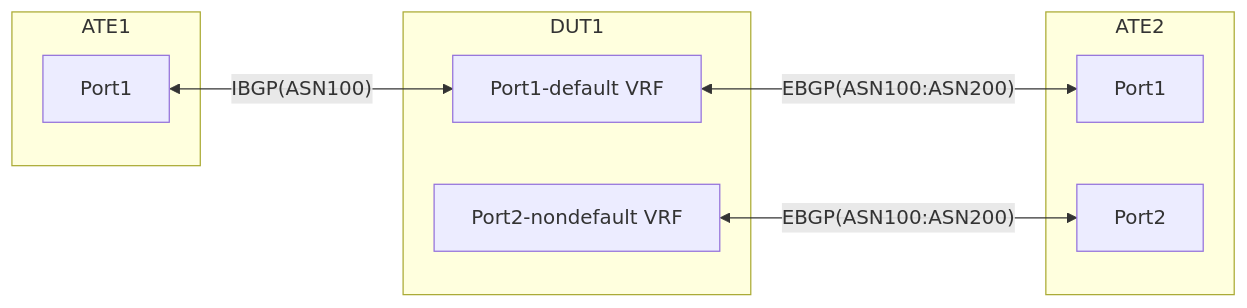
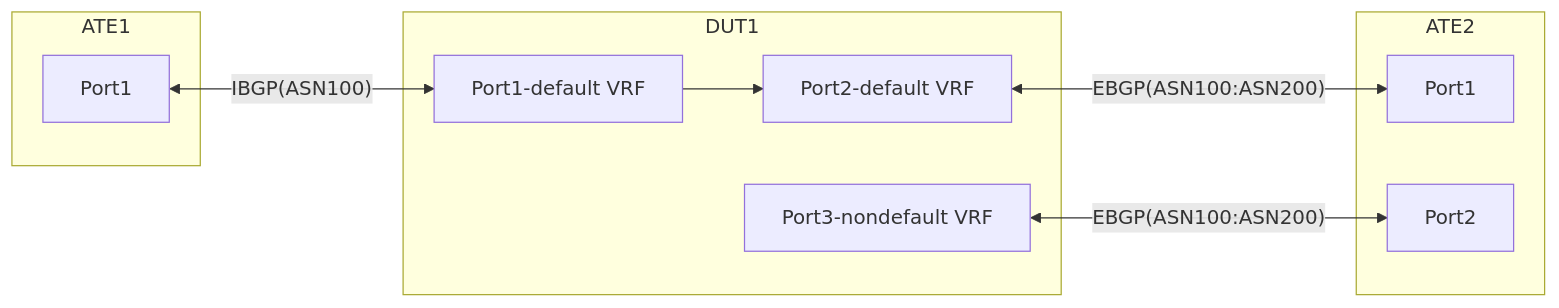
One commit to openconfig/featureprofiles changed the diagram in feature/policy_forwarding/policy_vrf_selection/otg_tests/policy_based_traffic_steering_default_to_nondefault/README.md. Above: the diagram before and after it, drawn with Mermaid.

````diff
--- a/feature/policy_forwarding/policy_vrf_selection/otg_tests/policy_based_traffic_steering_default_to_nondefault/README.md
+++ b/feature/policy_forwarding/policy_vrf_selection/otg_tests/policy_based_traffic_steering_default_to_nondefault/README.md
@@ -11,17 +11,19 @@
 ```mermaid
 graph LR; 
 subgraph ATE1 [ATE1]
     A1[Port1]
 end
 subgraph DUT1 [DUT1]
-    B1[Port1-default VRF]
-    B2[Port2-nondefault VRF]
+    B3[Port1-default VRF]
+    B1[Port2-default VRF]
+    B2[Port3-nondefault VRF]
 end 
 subgraph ATE2 [ATE2]
     C1[Port1]
     C2[Port2]
 end
-A1 <-- IBGP(ASN100) --> B1;
+A1 <-- IBGP(ASN100) --> B3;
 B1 <-- EBGP(ASN100:ASN200) --> C1;
 B2 <-- EBGP(ASN100:ASN200)  --> C2;
+B3 --> B1;
 ```
````
